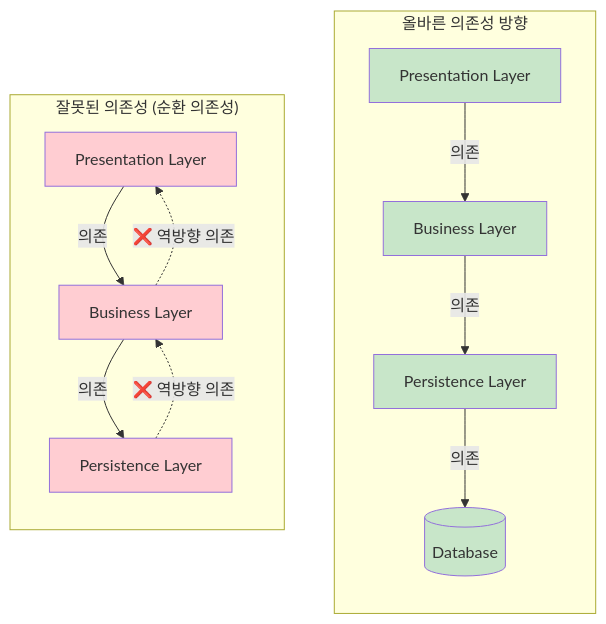
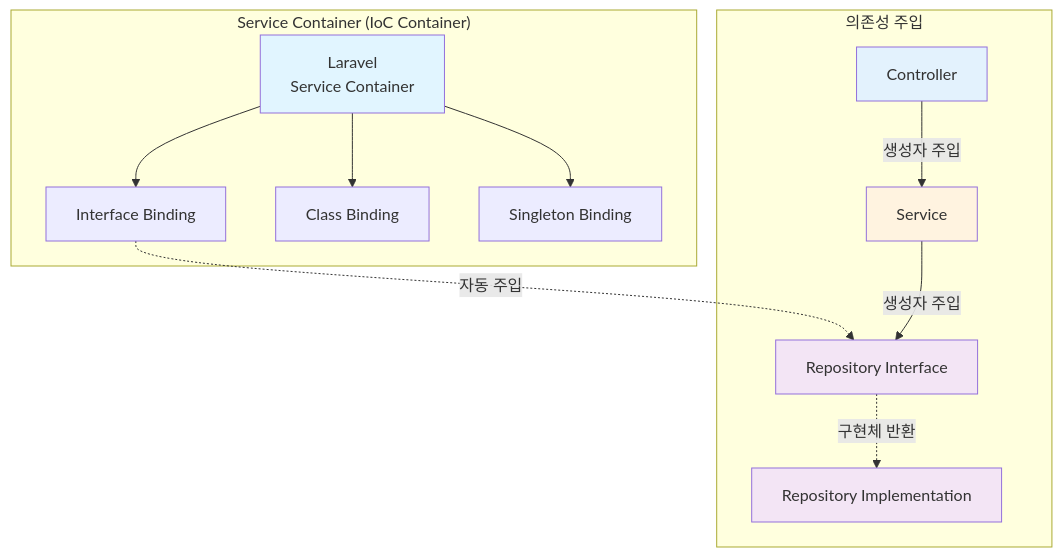
Before and after one commit to shaul1991/study-architecture: diagram 14 of 22 in architecture/layered/README.md, drawn with Mermaid. The commit also changed other lines of this file and 1 other file, not shown here.

First line of the commit message:
refactor: 레이어드 아키텍처 문서를 Laravel 기준으로 수정

````diff
--- a/architecture/layered/README.md
+++ b/architecture/layered/README.md
@@ -615,35 +799,33 @@
 ```mermaid
-graph TD
-    subgraph "올바른 의존성 방향"
-        direction TB
-        P1[Presentation Layer]
-        B1[Business Layer]
-        D1[Persistence Layer]
-        DB1[(Database)]
+graph TB
+    subgraph "Service Container (IoC Container)"
+        CONTAINER[Laravel<br/>Service Container]
 
-        P1 -->|의존| B1
-        B1 -->|의존| D1
-        D1 -->|의존| DB1
+        BIND1[Interface Binding]
+        BIND2[Class Binding]
+        BIND3[Singleton Binding]
+
+        CONTAINER --> BIND1
+        CONTAINER --> BIND2
+        CONTAINER --> BIND3
     end
 
-    subgraph "잘못된 의존성 (순환 의존성)"
-        direction TB
-        P2[Presentation Layer]
-        B2[Business Layer]
-        D2[Persistence Layer]
-
-        P2 -->|의존| B2
-        B2 -->|의존| D2
-        D2 -.->|❌ 역방향 의존| B2
-        B2 -.->|❌ 역방향 의존| P2
+    subgraph "의존성 주입"
+        CTRL[Controller]
+        SVC[Service]
+        REPO_I[Repository Interface]
+        REPO_IMPL[Repository Implementation]
     end
 
-    style P1 fill:#c8e6c9
-    style B1 fill:#c8e6c9
-    style D1 fill:#c8e6c9
-    style DB1 fill:#c8e6c9
+    BIND1 -.->|자동 주입| REPO_I
+    REPO_I -.->|구현체 반환| REPO_IMPL
 
-    style P2 fill:#ffcdd2
-    style B2 fill:#ffcdd2
-    style D2 fill:#ffcdd2
+    CTRL -->|생성자 주입| SVC
+    SVC -->|생성자 주입| REPO_I
+
+    style CONTAINER fill:#e1f5ff
+    style CTRL fill:#e3f2fd
+    style SVC fill:#fff3e0
+    style REPO_I fill:#f3e5f5
+    style REPO_IMPL fill:#f3e5f5
 ```
````
